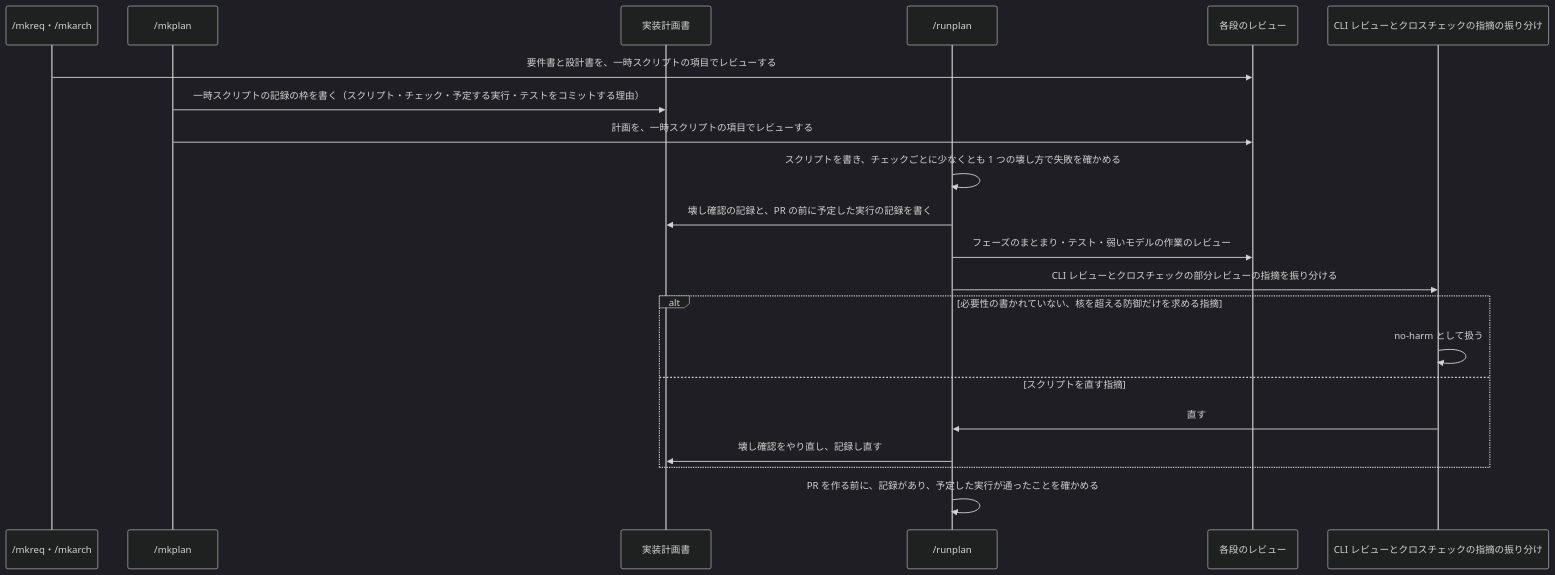
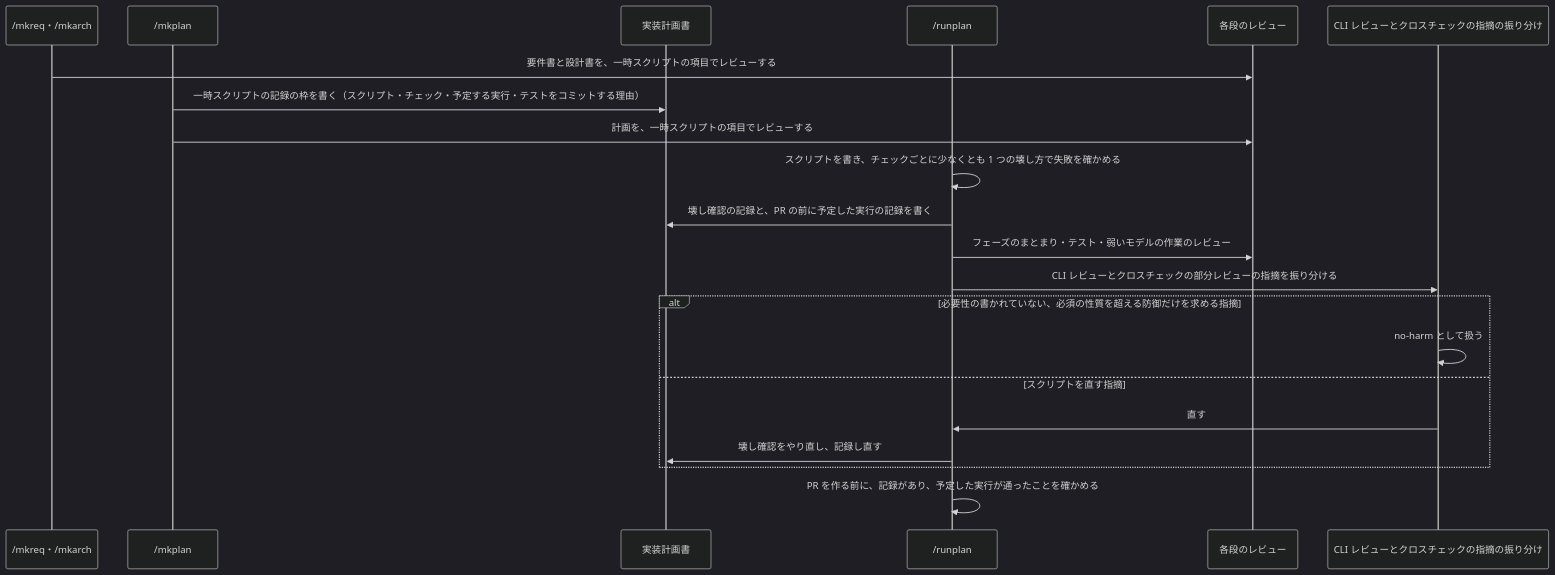
Before and after one commit to isseis/yt2column: the third of 5 diagrams in docs/tasks/0124_checks_proportion/02_architecture.md, drawn with Mermaid (dark theme). The commit also changed other lines of this file and 4 other files, not shown here.

````diff
--- a/docs/tasks/0124_checks_proportion/02_architecture.md
+++ b/docs/tasks/0124_checks_proportion/02_architecture.md
@@ -203,24 +203,24 @@
 ```mermaid
 sequenceDiagram
     participant RQ as /mkreq・/mkarch
     participant MP as /mkplan
     participant PL as 実装計画書
     participant RP as /runplan
     participant RV as 各段のレビュー
     participant TR as CLI レビューとクロスチェックの指摘の振り分け
 
     RQ->>RV: 要件書と設計書を、一時スクリプトの項目でレビューする
     MP->>PL: 一時スクリプトの記録の枠を書く（スクリプト・チェック・予定する実行・テストをコミットする理由）
     MP->>RV: 計画を、一時スクリプトの項目でレビューする
     RP->>RP: スクリプトを書き、チェックごとに少なくとも 1 つの壊し方で失敗を確かめる
     RP->>PL: 壊し確認の記録と、PR の前に予定した実行の記録を書く
     RP->>RV: フェーズのまとまり・テスト・弱いモデルの作業のレビュー
     RP->>TR: CLI レビューとクロスチェックの部分レビューの指摘を振り分ける
-    alt 必要性の書かれていない、核を超える防御だけを求める指摘
+    alt 必要性の書かれていない、必須の性質を超える防御だけを求める指摘
         TR->>TR: no-harm として扱う
     else スクリプトを直す指摘
         TR->>RP: 直す
         RP->>PL: 壊し確認をやり直し、記録し直す
     end
     RP->>RP: PR を作る前に、記録があり、予定した実行が通ったことを確かめる
 ```
````
